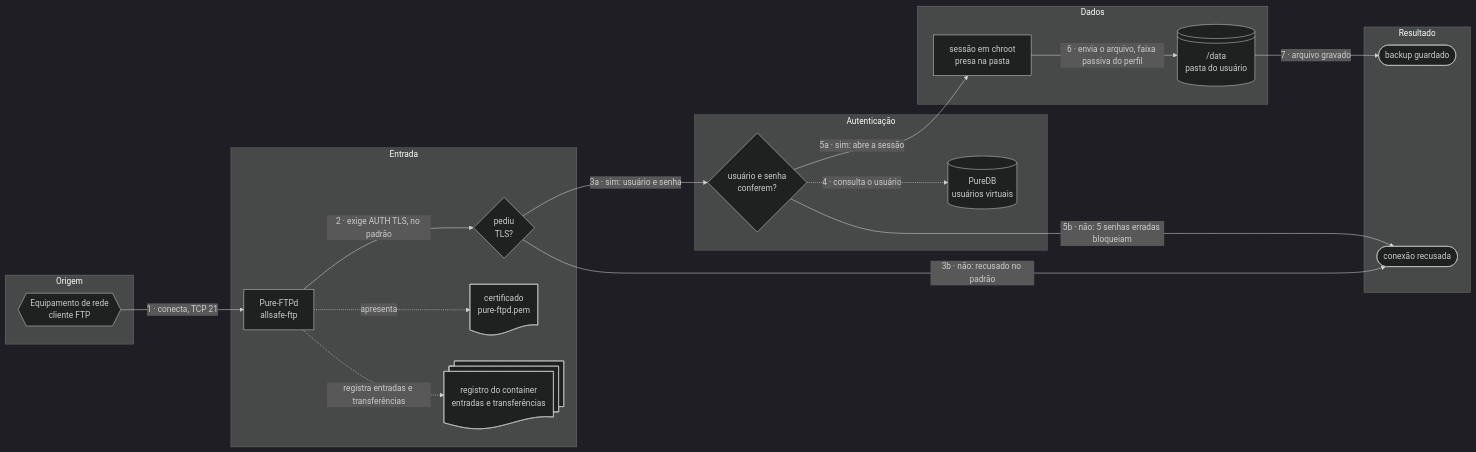
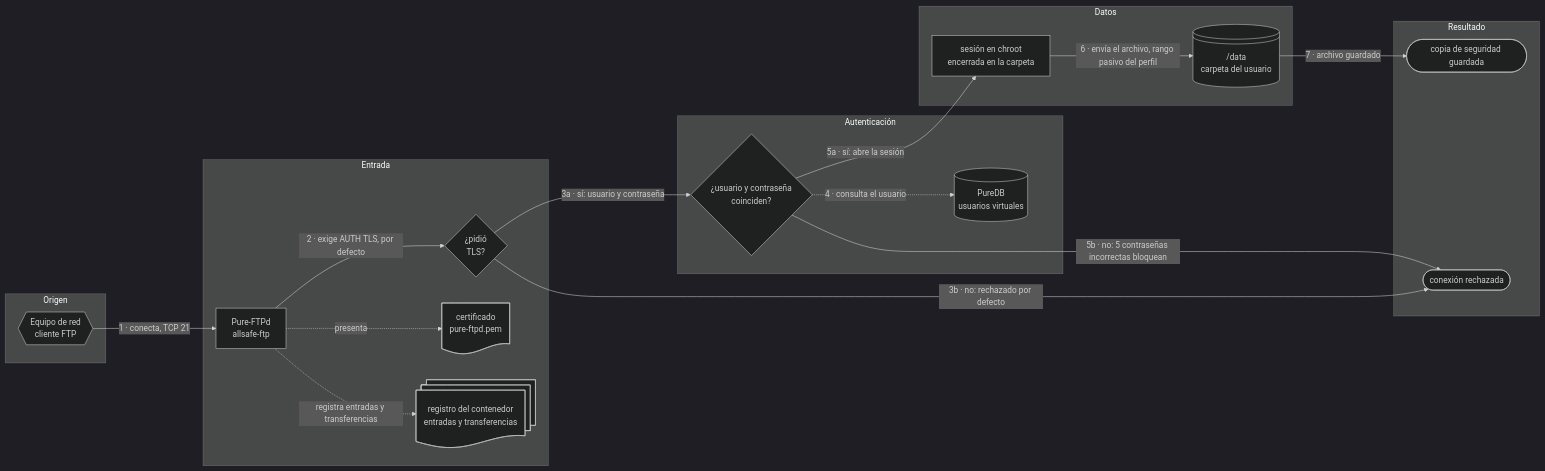
Before and after one commit to CarlosSuporteISP/allsafe-ftp-stack: the second of 5 diagrams in README.es.md, drawn with Mermaid. The commit also changed other lines of this file and 66 other files, not shown here.

First line of the commit message:
docs: documentação em espanhol, diagramas e selos dos três idiomas (parte 3)

````diff
--- a/README.es.md
+++ b/README.es.md
@@ -215,37 +215,37 @@
 ```mermaid
 %%{init: {"theme": "dark"}}%%
 flowchart LR
-    subgraph ORIGEM["Origem"]
-        equip@{ shape: hex, label: "Equipamento de rede<br>cliente FTP" }
+    subgraph ORIGEM["Origen"]
+        equip@{ shape: hex, label: "Equipo de red<br>cliente FTP" }
     end
     subgraph ENTRADA["Entrada"]
         ftp@{ shape: rect, label: "Pure-FTPd<br>allsafe-ftp" }
-        tls@{ shape: diam, label: "pediu<br>TLS?" }
+        tls@{ shape: diam, label: "¿pidió<br>TLS?" }
         cert@{ shape: doc, label: "certificado<br>pure-ftpd.pem" }
-        logs@{ shape: docs, label: "registro do container<br>entradas e transferências" }
+        logs@{ shape: docs, label: "registro del contenedor<br>entradas y transferencias" }
     end
-    subgraph AUTH["Autenticação"]
-        login@{ shape: diam, label: "usuário e senha<br>conferem?" }
-        puredb@{ shape: cyl, label: "PureDB<br>usuários virtuais" }
+    subgraph AUTH["Autenticación"]
+        login@{ shape: diam, label: "¿usuario y contraseña<br>coinciden?" }
+        puredb@{ shape: cyl, label: "PureDB<br>usuarios virtuales" }
     end
-    subgraph DADOS["Dados"]
-        sessao@{ shape: rect, label: "sessão em chroot<br>presa na pasta" }
-        dados@{ shape: lin-cyl, label: "/data<br>pasta do usuário" }
+    subgraph DADOS["Datos"]
+        sessao@{ shape: rect, label: "sesión en chroot<br>encerrada en la carpeta" }
+        dados@{ shape: lin-cyl, label: "/data<br>carpeta del usuario" }
     end
     subgraph RESULTADO["Resultado"]
-        fim@{ shape: stadium, label: "backup guardado" }
-        recusa@{ shape: stadium, label: "conexão recusada" }
+        fim@{ shape: stadium, label: "copia de seguridad guardada" }
+        recusa@{ shape: stadium, label: "conexión rechazada" }
     end
 
     equip -- "1 · conecta, TCP 21" --> ftp
-    ftp -- "2 · exige AUTH TLS, no padrão" --> tls
-    tls -- "3a · sim: usuário e senha" --> login
-    tls -- "3b · não: recusado no padrão" --> recusa
-    login -. "4 · consulta o usuário" .-> puredb
-    login -- "5a · sim: abre a sessão" --> sessao
-    login -- "5b · não: 5 senhas erradas bloqueiam" --> recusa
-    sessao -- "6 · envia o arquivo, faixa passiva do perfil" --> dados
-    dados -- "7 · arquivo gravado" --> fim
-    ftp -. "apresenta" .-> cert
-    ftp -. "registra entradas e transferências" .-> logs
+    ftp -- "2 · exige AUTH TLS, por defecto" --> tls
+    tls -- "3a · sí: usuario y contraseña" --> login
+    tls -- "3b · no: rechazado por defecto" --> recusa
+    login -. "4 · consulta el usuario" .-> puredb
+    login -- "5a · sí: abre la sesión" --> sessao
+    login -- "5b · no: 5 contraseñas incorrectas bloquean" --> recusa
+    sessao -- "6 · envía el archivo, rango pasivo del perfil" --> dados
+    dados -- "7 · archivo guardado" --> fim
+    ftp -. "presenta" .-> cert
+    ftp -. "registra entradas y transferencias" .-> logs
 ```
````
